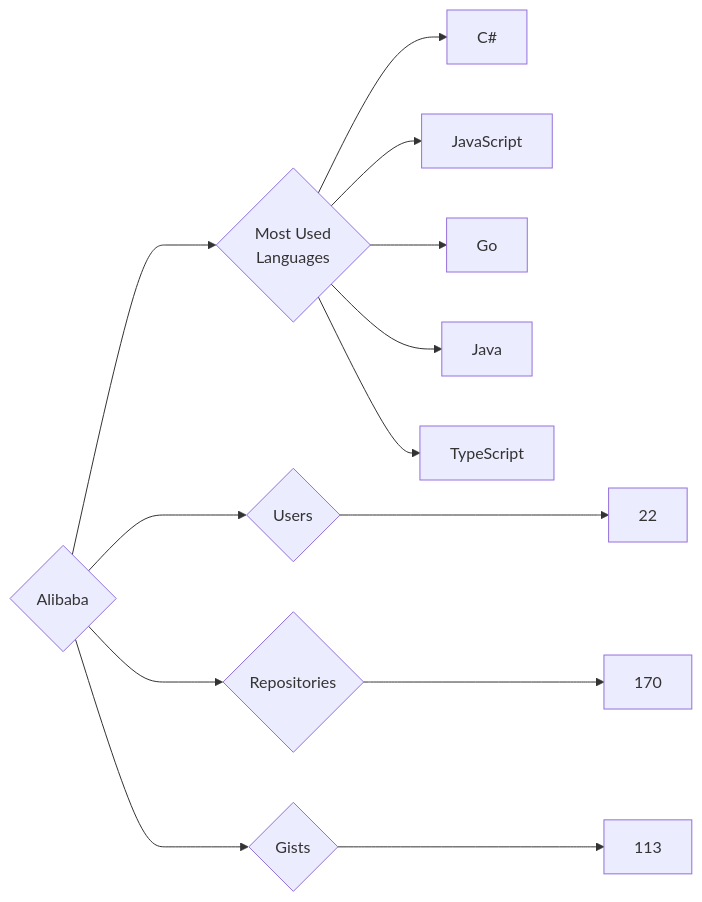
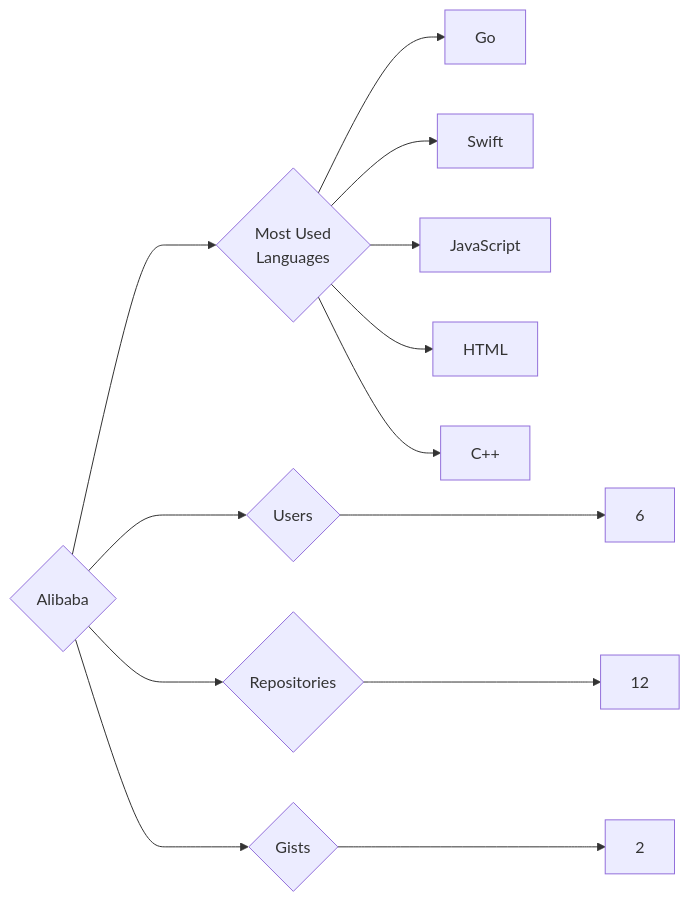
The diagram in targets/Alibaba/README.md (trickest/insiders), drawn with Mermaid before and after one commit. The commit also changed 1170 other files, not shown here.

````diff
--- a/targets/Alibaba/README.md
+++ b/targets/Alibaba/README.md
@@ -3,13 +3,13 @@
 ```mermaid
 graph LR
 COMPANY_NAME{Alibaba}
-COMPANY_NAME ---> U{Users} ---> UN[22]
-COMPANY_NAME ---> R{Repositories} ---> RN[170]
-COMPANY_NAME ---> G{Gists} ---> GN[113]
+COMPANY_NAME ---> U{Users} ---> UN[6]
+COMPANY_NAME ---> R{Repositories} ---> RN[12]
+COMPANY_NAME ---> G{Gists} ---> GN[2]
 COMPANY_NAME ---> ML{Most Used<br>Languages}
-ML --> C#[C#]
+ML --> Go[Go]
+ML --> Swift[Swift]
 ML --> JavaScript[JavaScript]
-ML --> Go[Go]
-ML --> Java[Java]
-ML --> TypeScript[TypeScript]
+ML --> HTML[HTML]
+ML --> C++[C++]
 ```
````
